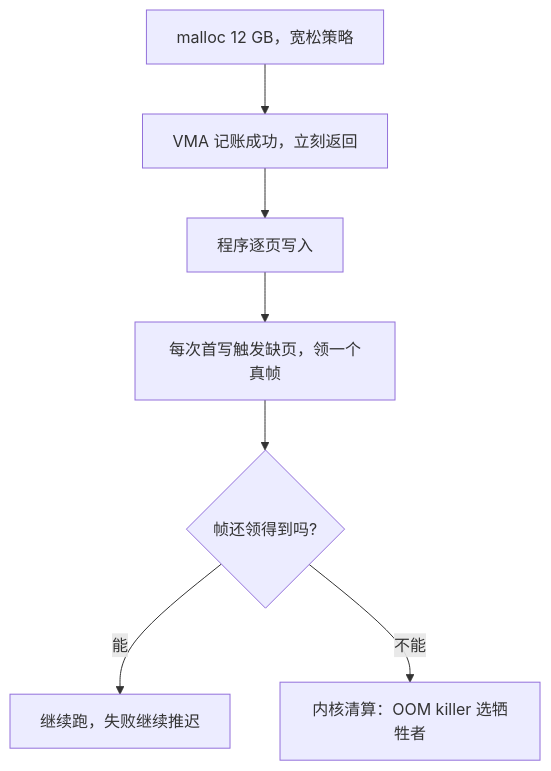
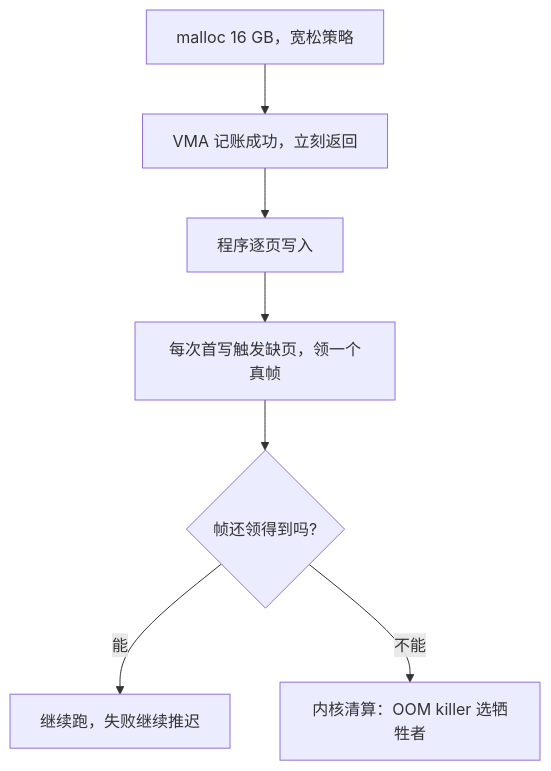
The second of 2 diagrams in docs/cs/overcommit.md (xhongduo-tech/xhongduo-tech.github.io), drawn with Mermaid before and after one commit. The commit also changed other lines of this file and 3 other files, not shown here.

````diff
--- a/docs/cs/overcommit.md
+++ b/docs/cs/overcommit.md
@@ -46,9 +46,9 @@
 ```mermaid
 flowchart TD
-  M["malloc 12 GB，宽松策略"] --> OK["VMA 记账成功，立刻返回"]
+  M["malloc 16 GB，宽松策略"] --> OK["VMA 记账成功，立刻返回"]
   OK --> TOUCH["程序逐页写入"]
   TOUCH --> PF["每次首写触发缺页，领一个真帧"]
   PF --> Q{"帧还领得到吗?"}
   Q -->|"能"| MORE["继续跑，失败继续推迟"]
   Q -->|"不能"| OOM["内核清算：OOM killer 选牺牲者"]
 ```
````
